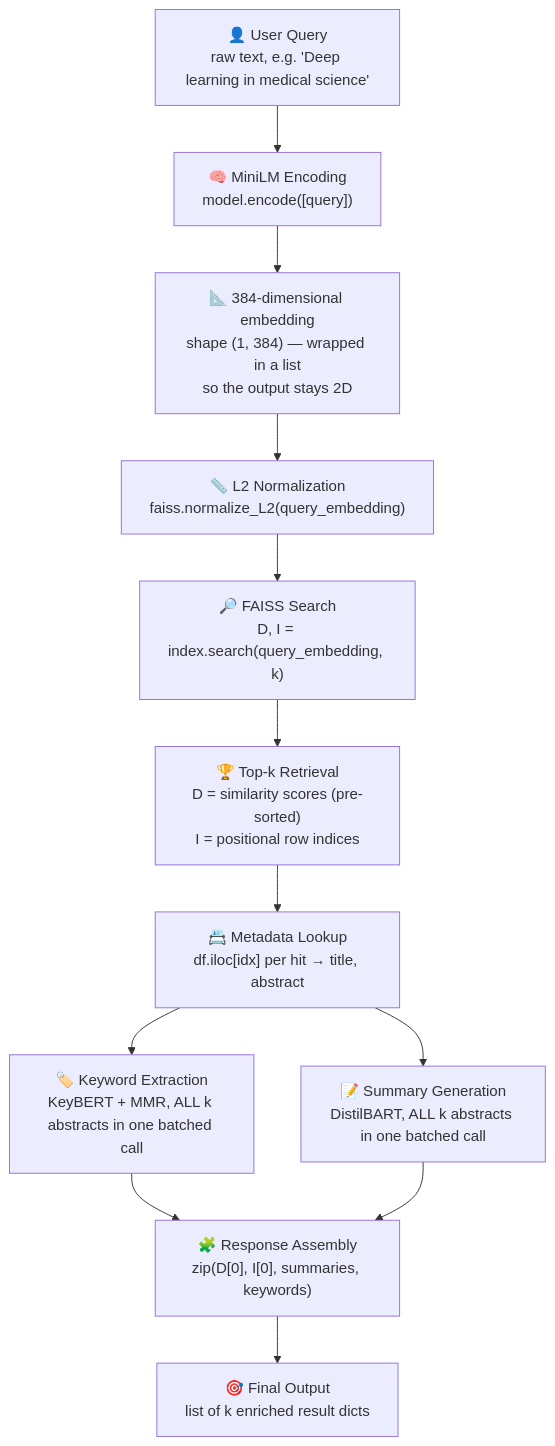
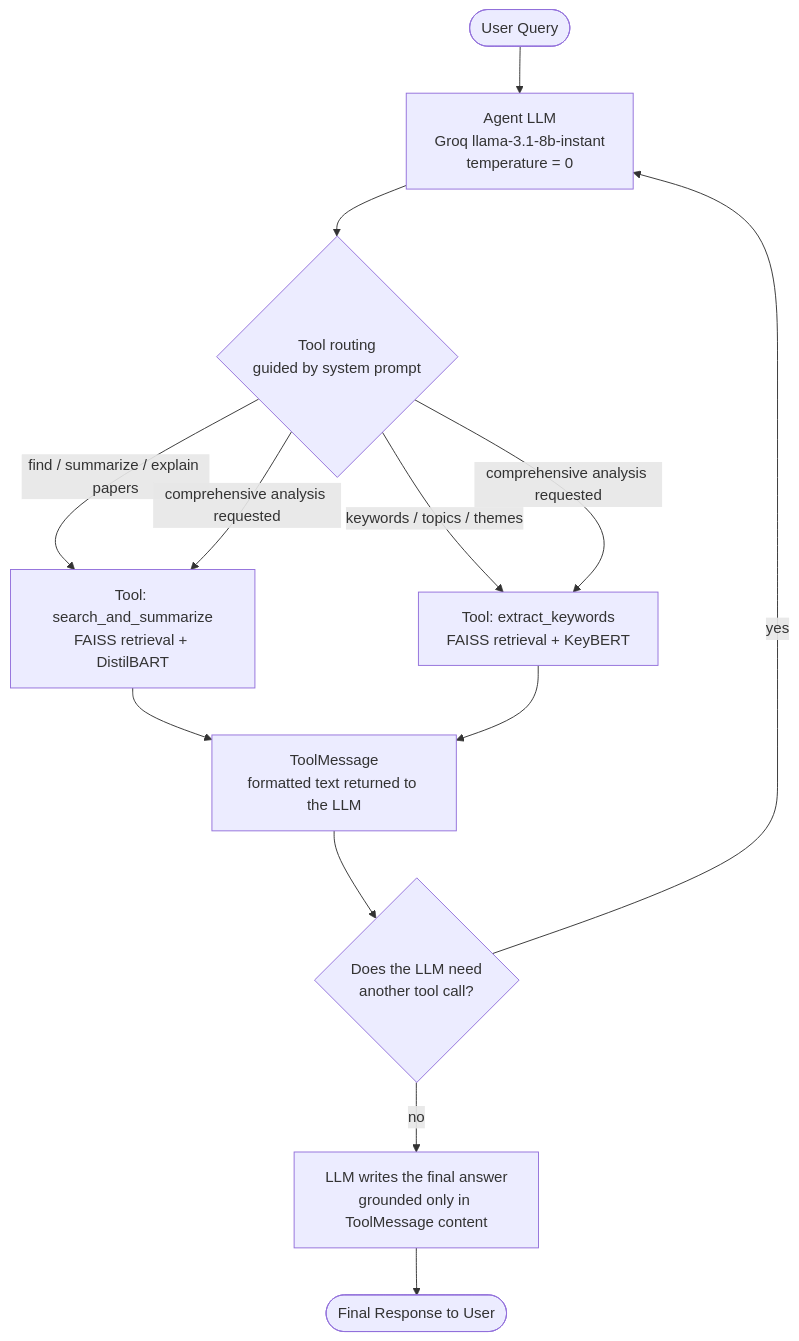
The third of 5 diagrams in README.md (aayushdalal/Fanite), drawn with Mermaid before and after one commit. The commit also changed other lines of this file, not shown here.

````diff
--- a/README.md
+++ b/README.md
@@ -166,14 +258,15 @@
 ```mermaid
 flowchart TD
-    A["👤 User Query<br/>raw text, e.g. 'Deep learning in medical science'"] --> B["🧠 MiniLM Encoding<br/>model.encode([query])"]
-    B --> C["📐 384-dimensional embedding<br/>shape (1, 384) — wrapped in a list<br/>so the output stays 2D"]
-    C --> D["📏 L2 Normalization<br/>faiss.normalize_L2(query_embedding)"]
-    D --> E["🔎 FAISS Search<br/>D, I = index.search(query_embedding, k)"]
-    E --> F["🏆 Top-k Retrieval<br/>D = similarity scores (pre-sorted)<br/>I = positional row indices"]
-    F --> G["📇 Metadata Lookup<br/>df.iloc[idx] per hit → title, abstract"]
-    G --> H["🏷️ Keyword Extraction<br/>KeyBERT + MMR, ALL k abstracts in one batched call"]
-    G --> I["📝 Summary Generation<br/>DistilBART, ALL k abstracts in one batched call"]
-    H --> J["🧩 Response Assembly<br/>zip(D[0], I[0], summaries, keywords)"]
-    I --> J
-    J --> K["🎯 Final Output<br/>list of k enriched result dicts"]
+    A(["User Query"]) --> B["Agent LLM<br/>Groq llama-3.1-8b-instant<br/>temperature = 0"]
+    B --> C{"Tool routing<br/>guided by system prompt"}
+    C -->|find / summarize / explain papers| D["Tool: search_and_summarize<br/>FAISS retrieval + DistilBART"]
+    C -->|keywords / topics / themes| E["Tool: extract_keywords<br/>FAISS retrieval + KeyBERT"]
+    C -->|comprehensive analysis requested| D
+    C -->|comprehensive analysis requested| E
+    D --> F["ToolMessage<br/>formatted text returned to the LLM"]
+    E --> F
+    F --> G{"Does the LLM need<br/>another tool call?"}
+    G -->|yes| B
+    G -->|no| H["LLM writes the final answer<br/>grounded only in ToolMessage content"]
+    H --> I(["Final Response to User"])
 ```
````
